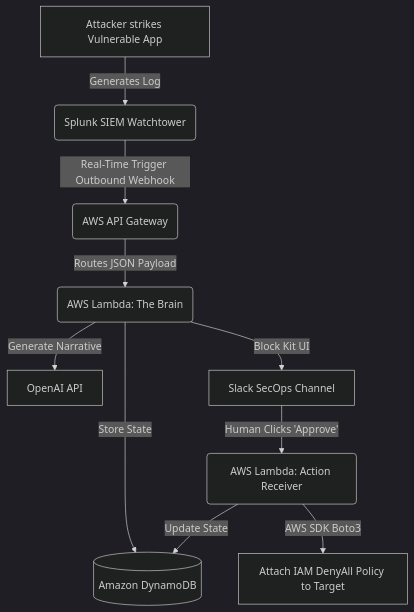
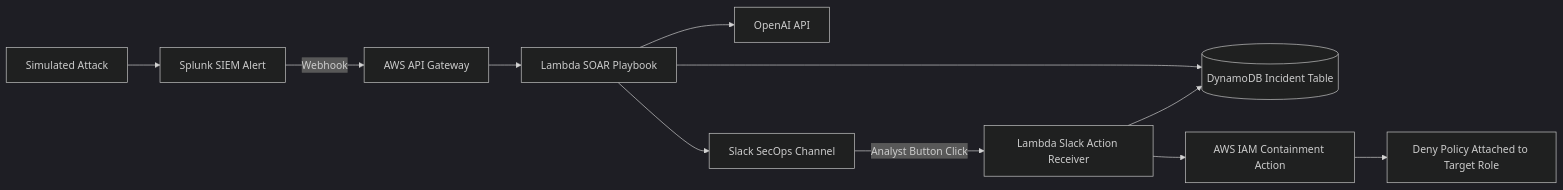
Before and after one commit to PeteAndrews1289/aws-automated-soar-playbook: the diagram in README.md, drawn with Mermaid (dark theme). The commit also changed other lines of this file, not shown here.

````diff
--- a/README.md
+++ b/README.md
@@ -7,12 +27,13 @@
 ```mermaid
-graph TD
-    A[Attacker strikes Vulnerable App] -->|Generates Log| B(Splunk SIEM Watchtower)
-    B -->|Real-Time Trigger Outbound Webhook| C(AWS API Gateway)
-    C -->|Routes JSON Payload| D(AWS Lambda: The Brain)
-    D -->|Store State| E[(Amazon DynamoDB)]
-    D -->|Generate Narrative| F[OpenAI API]
-    D -->|Block Kit UI| G[Slack SecOps Channel]
-    G -->|Human Clicks 'Approve'| H(AWS Lambda: Action Receiver)
-    H -->|Update State| E
-    H -->|AWS SDK Boto3| I[Attach IAM DenyAll Policy to Target]
+flowchart LR
+    Attack[Simulated Attack] --> Splunk[Splunk SIEM Alert]
+    Splunk -->|Webhook| APIGW[AWS API Gateway]
+    APIGW --> Brain[Lambda SOAR Playbook]
+    Brain --> DB[(DynamoDB Incident Table)]
+    Brain --> OpenAI[OpenAI API]
+    Brain --> Slack[Slack SecOps Channel]
+    Slack -->|Analyst Button Click| Receiver[Lambda Slack Action Receiver]
+    Receiver --> DB
+    Receiver --> IAM[AWS IAM Containment Action]
+    IAM --> Deny[Deny Policy Attached to Target Role]
 ```
````
